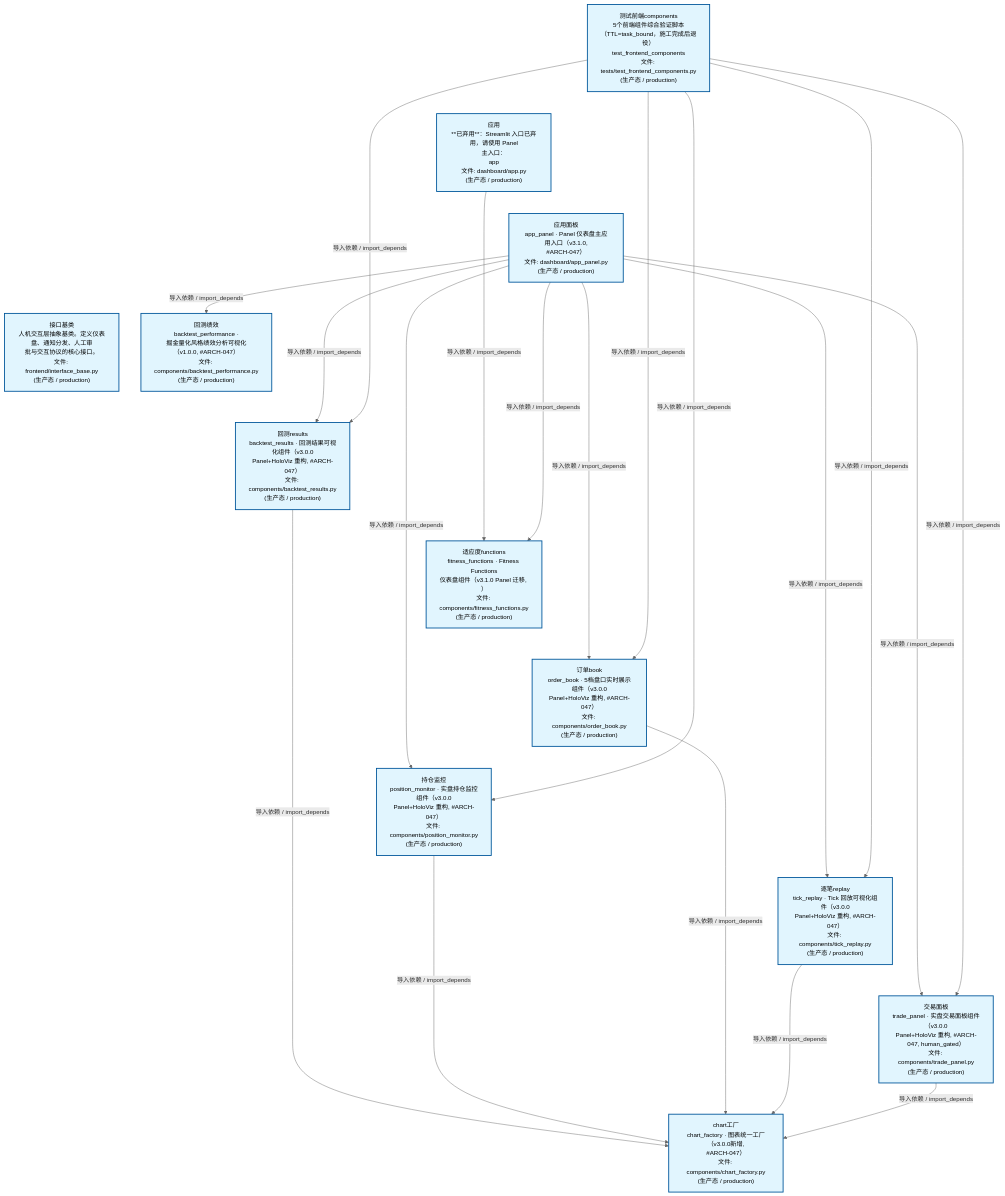
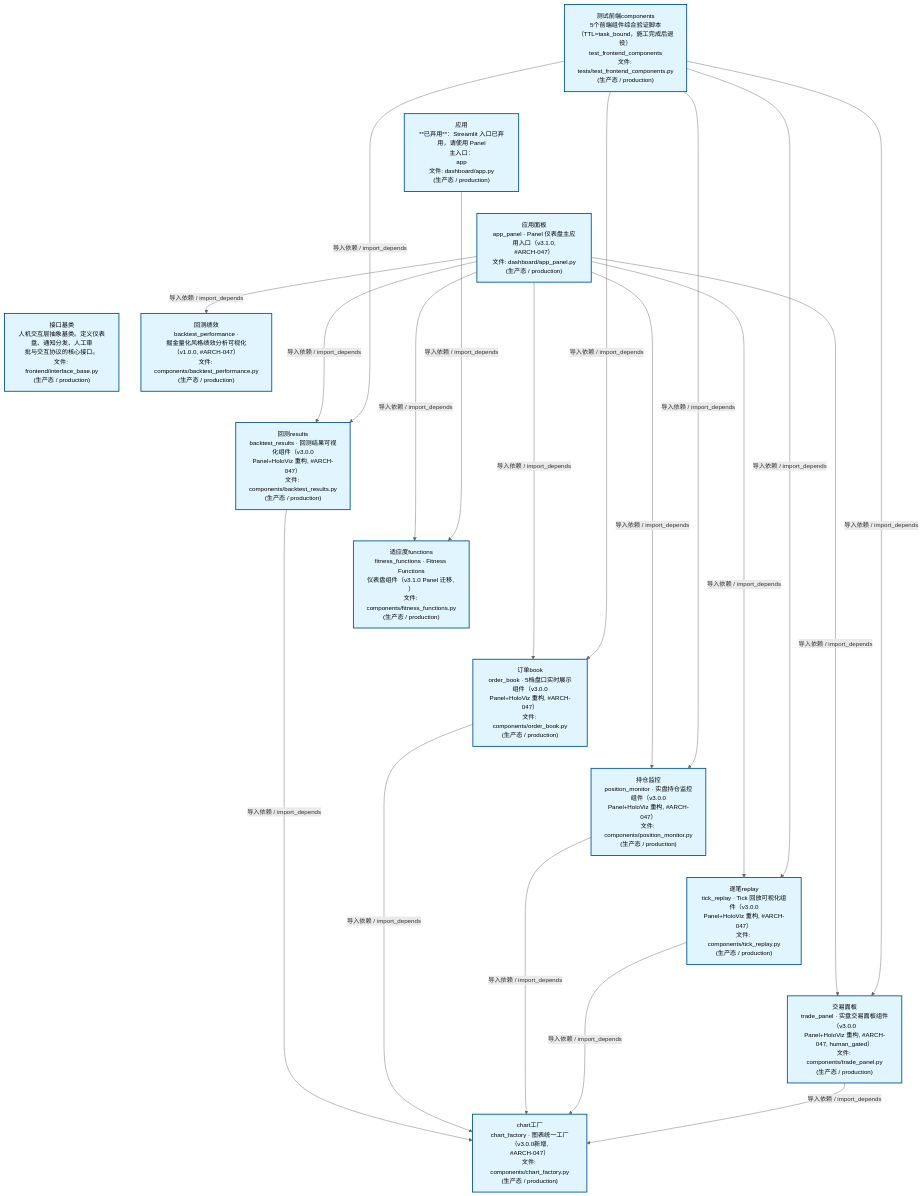
Before and after one commit to xuanFelixVan/ZephyrAlpha: the second of 4 diagrams in docs/02_enterprise_architecture/02_domain_architecture_docs/47_d_frontend.md, drawn with Mermaid. The commit also changed other lines of this file and 40 other files, not shown here.

````diff
--- a/docs/02_enterprise_architecture/02_domain_architecture_docs/47_d_frontend.md
+++ b/docs/02_enterprise_architecture/02_domain_architecture_docs/47_d_frontend.md
@@ -124,48 +124,48 @@
 ```mermaid
 %%{init: {'theme': 'base', 'themeVariables': {'primaryColor': '#eaeaea', 'primaryTextColor': '#333333', 'primaryBorderColor': '#666666', 'lineColor': '#666666', 'secondaryColor': '#eaeaea', 'tertiaryColor': '#eaeaea', 'fontSize': '14px'}}}%%
 flowchart TD
     scripts_tests_test_frontend_components_py["测试前端components<br/>5个前端组件综合验证脚本<br/>（TTL=task_bound，施工完成后退役）<br/>test_frontend_components<br/>文件: tests/test_frontend_components.py<br/>(生产态 / production)"]
     src_zephyr_frontend_dashboard_app_py["应用<br/>**已弃用**：Streamlit 入口已弃用，请使用 Panel<br/>主入口：<br/>app<br/>文件: dashboard/app.py<br/>(生产态 / production)"]
     src_zephyr_frontend_dashboard_app_panel_py["应用面板<br/>app_panel · Panel 仪表盘主应用入口（v3.1.0,<br/>#ARCH-047）<br/>文件: dashboard/app_panel.py<br/>(生产态 / production)"]
     src_zephyr_frontend_interface_base_py["接口基类<br/>人机交互层抽象基类。定义仪表盘、通知分发、人工审<br/>批与交互协议的核心接口。<br/>文件: frontend/interface_base.py<br/>(生产态 / production)"]
     scripts_tests_test_frontend_components_py ~~~ src_zephyr_frontend_dashboard_app_py
     src_zephyr_frontend_dashboard_app_py ~~~ src_zephyr_frontend_dashboard_app_panel_py
     src_zephyr_frontend_dashboard_app_panel_py ~~~ src_zephyr_frontend_interface_base_py
     src_zephyr_frontend_dashboard_components_backtest_performance_py["回测绩效<br/>backtest_performance ·<br/>掘金量化风格绩效分析可视化（v1.0.0, #ARCH-047）<br/>文件: components/backtest_performance.py<br/>(生产态 / production)"]
     src_zephyr_frontend_dashboard_components_backtest_results_py["回测results<br/>backtest_results · 回测结果可视化组件（v3.0.0<br/>Panel+HoloViz 重构, #ARCH-047）<br/>文件: components/backtest_results.py<br/>(生产态 / production)"]
     src_zephyr_frontend_dashboard_components_fitness_functions_py["适应度functions<br/>fitness_functions · Fitness Functions<br/>仪表盘组件（v3.1.0 Panel 迁移, ）<br/>文件: components/fitness_functions.py<br/>(生产态 / production)"]
     src_zephyr_frontend_dashboard_components_order_book_py["订单book<br/>order_book · 5档盘口实时展示组件（v3.0.0<br/>Panel+HoloViz 重构, #ARCH-047）<br/>文件: components/order_book.py<br/>(生产态 / production)"]
     src_zephyr_frontend_dashboard_components_position_monitor_py["持仓监控<br/>position_monitor · 实盘持仓监控组件（v3.0.0<br/>Panel+HoloViz 重构, #ARCH-047）<br/>文件: components/position_monitor.py<br/>(生产态 / production)"]
     src_zephyr_frontend_dashboard_components_tick_replay_py["逐笔replay<br/>tick_replay · Tick 回放可视化组件（v3.0.0<br/>Panel+HoloViz 重构, #ARCH-047）<br/>文件: components/tick_replay.py<br/>(生产态 / production)"]
     src_zephyr_frontend_dashboard_components_trade_panel_py["交易面板<br/>trade_panel · 实盘交易面板组件（v3.0.0<br/>Panel+HoloViz 重构, #ARCH-047, human_gated）<br/>文件: components/trade_panel.py<br/>(生产态 / production)"]
     src_zephyr_frontend_dashboard_components_backtest_performance_py ~~~ src_zephyr_frontend_dashboard_components_backtest_results_py
     src_zephyr_frontend_dashboard_components_backtest_results_py ~~~ src_zephyr_frontend_dashboard_components_fitness_functions_py
     src_zephyr_frontend_dashboard_components_fitness_functions_py ~~~ src_zephyr_frontend_dashboard_components_order_book_py
     src_zephyr_frontend_dashboard_components_order_book_py ~~~ src_zephyr_frontend_dashboard_components_position_monitor_py
     src_zephyr_frontend_dashboard_components_position_monitor_py ~~~ src_zephyr_frontend_dashboard_components_tick_replay_py
     src_zephyr_frontend_dashboard_components_tick_replay_py ~~~ src_zephyr_frontend_dashboard_components_trade_panel_py
     src_zephyr_frontend_dashboard_components_chart_factory_py["chart工厂<br/>chart_factory · 图表统一工厂（v3.0.0新增,<br/>#ARCH-047）<br/>文件: components/chart_factory.py<br/>(生产态 / production)"]
-    src_zephyr_frontend_dashboard_app_py -->|导入依赖 / import_depends| src_zephyr_frontend_dashboard_components_fitness_functions_py
-    src_zephyr_frontend_dashboard_app_panel_py -->|导入依赖 / import_depends| src_zephyr_frontend_dashboard_components_backtest_performance_py
     src_zephyr_frontend_dashboard_app_panel_py -->|导入依赖 / import_depends| src_zephyr_frontend_dashboard_components_backtest_results_py
     src_zephyr_frontend_dashboard_app_panel_py -->|导入依赖 / import_depends| src_zephyr_frontend_dashboard_components_fitness_functions_py
+    src_zephyr_frontend_dashboard_app_panel_py -->|导入依赖 / import_depends| src_zephyr_frontend_dashboard_components_order_book_py
+    src_zephyr_frontend_dashboard_app_panel_py -->|导入依赖 / import_depends| src_zephyr_frontend_dashboard_components_backtest_performance_py
     src_zephyr_frontend_dashboard_app_panel_py -->|导入依赖 / import_depends| src_zephyr_frontend_dashboard_components_position_monitor_py
-    src_zephyr_frontend_dashboard_app_panel_py -->|导入依赖 / import_depends| src_zephyr_frontend_dashboard_components_order_book_py
     src_zephyr_frontend_dashboard_app_panel_py -->|导入依赖 / import_depends| src_zephyr_frontend_dashboard_components_tick_replay_py
     src_zephyr_frontend_dashboard_app_panel_py -->|导入依赖 / import_depends| src_zephyr_frontend_dashboard_components_trade_panel_py
     src_zephyr_frontend_dashboard_components_backtest_results_py -->|导入依赖 / import_depends| src_zephyr_frontend_dashboard_components_chart_factory_py
+    src_zephyr_frontend_dashboard_app_py -->|导入依赖 / import_depends| src_zephyr_frontend_dashboard_components_fitness_functions_py
+    src_zephyr_frontend_dashboard_components_order_book_py -->|导入依赖 / import_depends| src_zephyr_frontend_dashboard_components_chart_factory_py
     src_zephyr_frontend_dashboard_components_position_monitor_py -->|导入依赖 / import_depends| src_zephyr_frontend_dashboard_components_chart_factory_py
-    src_zephyr_frontend_dashboard_components_order_book_py -->|导入依赖 / import_depends| src_zephyr_frontend_dashboard_components_chart_factory_py
     src_zephyr_frontend_dashboard_components_tick_replay_py -->|导入依赖 / import_depends| src_zephyr_frontend_dashboard_components_chart_factory_py
     src_zephyr_frontend_dashboard_components_trade_panel_py -->|导入依赖 / import_depends| src_zephyr_frontend_dashboard_components_chart_factory_py
     scripts_tests_test_frontend_components_py -->|导入依赖 / import_depends| src_zephyr_frontend_dashboard_components_backtest_results_py
+    scripts_tests_test_frontend_components_py -->|导入依赖 / import_depends| src_zephyr_frontend_dashboard_components_order_book_py
     scripts_tests_test_frontend_components_py -->|导入依赖 / import_depends| src_zephyr_frontend_dashboard_components_position_monitor_py
-    scripts_tests_test_frontend_components_py -->|导入依赖 / import_depends| src_zephyr_frontend_dashboard_components_order_book_py
     scripts_tests_test_frontend_components_py -->|导入依赖 / import_depends| src_zephyr_frontend_dashboard_components_tick_replay_py
     scripts_tests_test_frontend_components_py -->|导入依赖 / import_depends| src_zephyr_frontend_dashboard_components_trade_panel_py
     classDef production fill:#e1f5fe,stroke:#01579b,stroke-width:2px,color:#000
     classDef design fill:#fff3e0,stroke:#e65100,stroke-width:2px,color:#000,stroke-dasharray: 5 5
     classDef external_prod fill:#e8f4fd,stroke:#0277bd,stroke-width:1px,color:#000
     classDef external_design fill:#fff8e7,stroke:#ef6c00,stroke-width:1px,color:#000,stroke-dasharray: 5 5
     class scripts_tests_test_frontend_components_py,src_zephyr_frontend_dashboard_app_py,src_zephyr_frontend_dashboard_app_panel_py,src_zephyr_frontend_dashboard_components_backtest_performance_py,src_zephyr_frontend_dashboard_components_backtest_results_py,src_zephyr_frontend_dashboard_components_chart_factory_py,src_zephyr_frontend_dashboard_components_fitness_functions_py,src_zephyr_frontend_dashboard_components_order_book_py,src_zephyr_frontend_dashboard_components_position_monitor_py,src_zephyr_frontend_dashboard_components_tick_replay_py,src_zephyr_frontend_dashboard_components_trade_panel_py,src_zephyr_frontend_interface_base_py production
 ```
````
